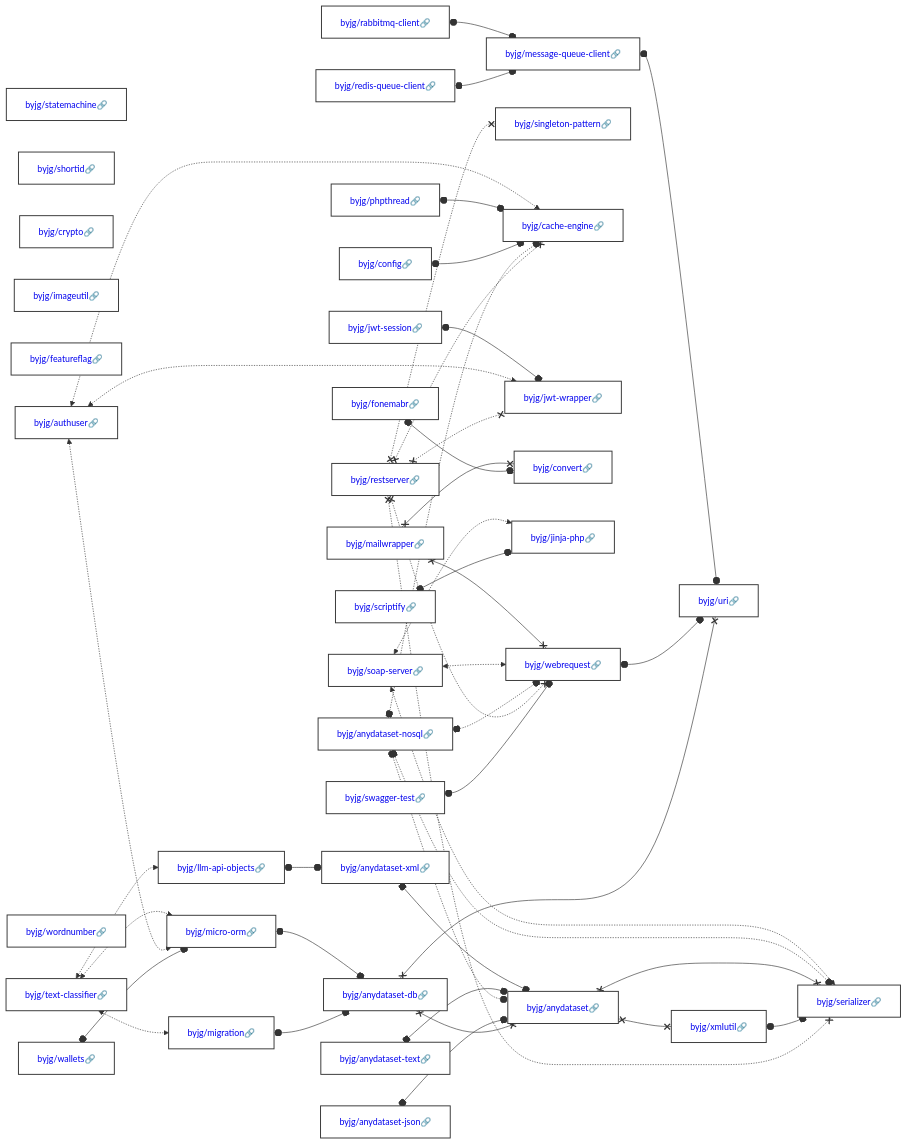
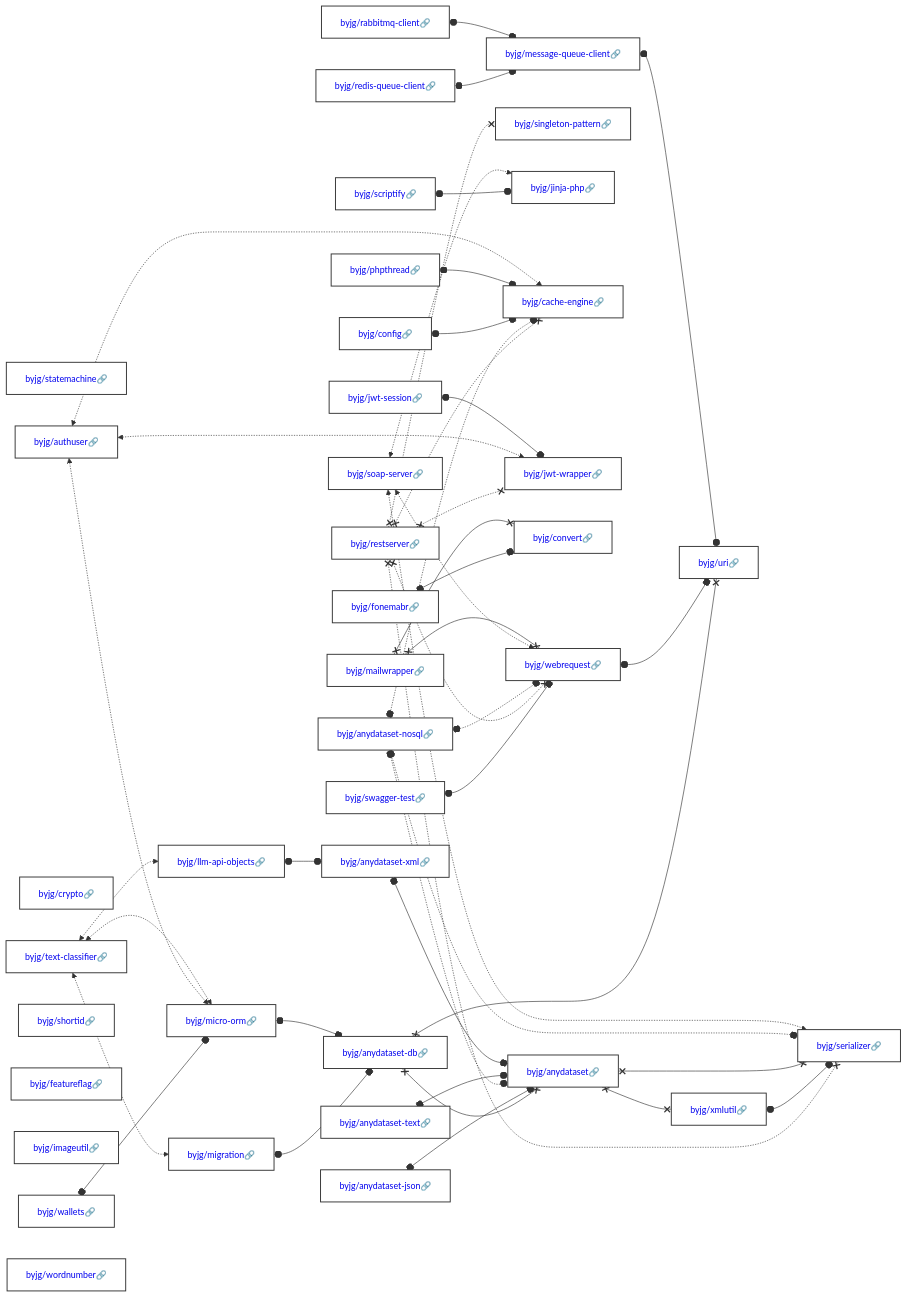
Before and after one commit to byjg/byjg.github.io: the diagram in docs/php/README.md, drawn with Mermaid. The commit also changed other lines of this file, not shown here.

Commit message:
Update documentation 'php' 'php-gluo'

````diff
--- a/docs/php/README.md
+++ b/docs/php/README.md
@@ -3,42 +3,42 @@
 ```mermaid
 graph LR;
+  byjg/statemachine[<a href='https://opensource.byjg.com/docs/php/statemachine' style='text-decoration:none'>byjg/statemachine🔗</a>];
+  byjg/anydataset-nosql[<a href='https://opensource.byjg.com/docs/php/anydataset-nosql' style='text-decoration:none'>byjg/anydataset-nosql🔗</a>];
+  byjg/wallets[<a href='https://opensource.byjg.com/docs/php/wallets' style='text-decoration:none'>byjg/wallets🔗</a>];
+  byjg/crypto[<a href='https://opensource.byjg.com/docs/php/crypto' style='text-decoration:none'>byjg/crypto🔗</a>];
+  byjg/mailwrapper[<a href='https://opensource.byjg.com/docs/php/mailwrapper' style='text-decoration:none'>byjg/mailwrapper🔗</a>];
   byjg/config[<a href='https://opensource.byjg.com/docs/php/config' style='text-decoration:none'>byjg/config🔗</a>];
-  byjg/statemachine[<a href='https://opensource.byjg.com/docs/php/statemachine' style='text-decoration:none'>byjg/statemachine🔗</a>];
+  byjg/text-classifier[<a href='https://opensource.byjg.com/docs/php/text-classifier' style='text-decoration:none'>byjg/text-classifier🔗</a>];
+  byjg/anydataset-json[<a href='https://opensource.byjg.com/docs/php/anydataset-json' style='text-decoration:none'>byjg/anydataset-json🔗</a>];
   byjg/shortid[<a href='https://opensource.byjg.com/docs/php/shortid' style='text-decoration:none'>byjg/shortid🔗</a>];
-  byjg/crypto[<a href='https://opensource.byjg.com/docs/php/crypto' style='text-decoration:none'>byjg/crypto🔗</a>];
+  byjg/redis-queue-client[<a href='https://opensource.byjg.com/docs/php/redis-queue-client' style='text-decoration:none'>byjg/redis-queue-client🔗</a>];
+  byjg/rabbitmq-client[<a href='https://opensource.byjg.com/docs/php/rabbitmq-client' style='text-decoration:none'>byjg/rabbitmq-client🔗</a>];
+  byjg/featureflag[<a href='https://opensource.byjg.com/docs/php/featureflag' style='text-decoration:none'>byjg/featureflag🔗</a>];
   byjg/imageutil[<a href='https://opensource.byjg.com/docs/php/imageutil' style='text-decoration:none'>byjg/imageutil🔗</a>];
-  byjg/featureflag[<a href='https://opensource.byjg.com/docs/php/featureflag' style='text-decoration:none'>byjg/featureflag🔗</a>];
-  byjg/wallets[<a href='https://opensource.byjg.com/docs/php/wallets' style='text-decoration:none'>byjg/wallets🔗</a>];
+  byjg/restserver[<a href='https://opensource.byjg.com/docs/php/restserver' style='text-decoration:none'>byjg/restserver🔗</a>];
   byjg/scriptify[<a href='https://opensource.byjg.com/docs/php/scriptify' style='text-decoration:none'>byjg/scriptify🔗</a>];
-  byjg/redis-queue-client[<a href='https://opensource.byjg.com/docs/php/redis-queue-client' style='text-decoration:none'>byjg/redis-queue-client🔗</a>];
-  byjg/mailwrapper[<a href='https://opensource.byjg.com/docs/php/mailwrapper' style='text-decoration:none'>byjg/mailwrapper🔗</a>];
+  byjg/authuser[<a href='https://opensource.byjg.com/docs/php/authuser' style='text-decoration:none'>byjg/authuser🔗</a>];
   byjg/wordnumber[<a href='https://opensource.byjg.com/docs/php/wordnumber' style='text-decoration:none'>byjg/wordnumber🔗</a>];
-  byjg/rabbitmq-client[<a href='https://opensource.byjg.com/docs/php/rabbitmq-client' style='text-decoration:none'>byjg/rabbitmq-client🔗</a>];
-  byjg/anydataset-nosql[<a href='https://opensource.byjg.com/docs/php/anydataset-nosql' style='text-decoration:none'>byjg/anydataset-nosql🔗</a>];
-  byjg/anydataset-text[<a href='https://opensource.byjg.com/docs/php/anydataset-text' style='text-decoration:none'>byjg/anydataset-text🔗</a>];
+  byjg/soap-server[<a href='https://opensource.byjg.com/docs/php/soap-server' style='text-decoration:none'>byjg/soap-server🔗</a>];
   byjg/phpthread[<a href='https://opensource.byjg.com/docs/php/phpthread' style='text-decoration:none'>byjg/phpthread🔗</a>];
-  byjg/swagger-test[<a href='https://opensource.byjg.com/docs/php/swagger-test' style='text-decoration:none'>byjg/swagger-test🔗</a>];
-  byjg/restserver[<a href='https://opensource.byjg.com/docs/php/restserver' style='text-decoration:none'>byjg/restserver🔗</a>];
-  byjg/authuser[<a href='https://opensource.byjg.com/docs/php/authuser' style='text-decoration:none'>byjg/authuser🔗</a>];
   byjg/jwt-session[<a href='https://opensource.byjg.com/docs/php/jwt-session' style='text-decoration:none'>byjg/jwt-session🔗</a>];
   byjg/fonemabr[<a href='https://opensource.byjg.com/docs/php/fonemabr' style='text-decoration:none'>byjg/fonemabr🔗</a>];
-  byjg/soap-server[<a href='https://opensource.byjg.com/docs/php/soap-server' style='text-decoration:none'>byjg/soap-server🔗</a>];
-  byjg/text-classifier[<a href='https://opensource.byjg.com/docs/php/text-classifier' style='text-decoration:none'>byjg/text-classifier🔗</a>];
-  byjg/anydataset-json[<a href='https://opensource.byjg.com/docs/php/anydataset-json' style='text-decoration:none'>byjg/anydataset-json🔗</a>];
+  byjg/anydataset-text[<a href='https://opensource.byjg.com/docs/php/anydataset-text' style='text-decoration:none'>byjg/anydataset-text🔗</a>];
+  byjg/swagger-test[<a href='https://opensource.byjg.com/docs/php/swagger-test' style='text-decoration:none'>byjg/swagger-test🔗</a>];
+  byjg/migration[<a href='https://opensource.byjg.com/docs/php/migration' style='text-decoration:none'>byjg/migration🔗</a>];
+  byjg/llm-api-objects[<a href='https://opensource.byjg.com/docs/php/llm-api-objects' style='text-decoration:none'>byjg/llm-api-objects🔗</a>];
   byjg/message-queue-client[<a href='https://opensource.byjg.com/docs/php/message-queue-client' style='text-decoration:none'>byjg/message-queue-client🔗</a>];
   byjg/singleton-pattern[<a href='https://opensource.byjg.com/docs/php/singleton-pattern' style='text-decoration:none'>byjg/singleton-pattern🔗</a>];
+  byjg/micro-orm[<a href='https://opensource.byjg.com/docs/php/micro-orm' style='text-decoration:none'>byjg/micro-orm🔗</a>];
+  byjg/jinja-php[<a href='https://opensource.byjg.com/docs/php/jinja-php' style='text-decoration:none'>byjg/jinja-php🔗</a>];
   byjg/cache-engine[<a href='https://opensource.byjg.com/docs/php/cache-engine' style='text-decoration:none'>byjg/cache-engine🔗</a>];
   byjg/jwt-wrapper[<a href='https://opensource.byjg.com/docs/php/jwt-wrapper' style='text-decoration:none'>byjg/jwt-wrapper🔗</a>];
   byjg/convert[<a href='https://opensource.byjg.com/docs/php/convert' style='text-decoration:none'>byjg/convert🔗</a>];
-  byjg/jinja-php[<a href='https://opensource.byjg.com/docs/php/jinja-php' style='text-decoration:none'>byjg/jinja-php🔗</a>];
   byjg/webrequest[<a href='https://opensource.byjg.com/docs/php/webrequest' style='text-decoration:none'>byjg/webrequest🔗</a>];
-  byjg/micro-orm[<a href='https://opensource.byjg.com/docs/php/micro-orm' style='text-decoration:none'>byjg/micro-orm🔗</a>];
-  byjg/migration[<a href='https://opensource.byjg.com/docs/php/migration' style='text-decoration:none'>byjg/migration🔗</a>];
-  byjg/llm-api-objects[<a href='https://opensource.byjg.com/docs/php/llm-api-objects' style='text-decoration:none'>byjg/llm-api-objects🔗</a>];
+  byjg/anydataset-xml[<a href='https://opensource.byjg.com/docs/php/anydataset-xml' style='text-decoration:none'>byjg/anydataset-xml🔗</a>];
   byjg/anydataset-db[<a href='https://opensource.byjg.com/docs/php/anydataset-db' style='text-decoration:none'>byjg/anydataset-db🔗</a>];
-  byjg/anydataset-xml[<a href='https://opensource.byjg.com/docs/php/anydataset-xml' style='text-decoration:none'>byjg/anydataset-xml🔗</a>];
+  byjg/anydataset[<a href='https://opensource.byjg.com/docs/php/anydataset' style='text-decoration:none'>byjg/anydataset🔗</a>];
   byjg/uri[<a href='https://opensource.byjg.com/docs/php/uri' style='text-decoration:none'>byjg/uri🔗</a>];
-  byjg/anydataset[<a href='https://opensource.byjg.com/docs/php/anydataset' style='text-decoration:none'>byjg/anydataset🔗</a>];
   byjg/xmlutil[<a href='https://opensource.byjg.com/docs/php/xmlutil' style='text-decoration:none'>byjg/xmlutil🔗</a>];
   byjg/serializer[<a href='https://opensource.byjg.com/docs/php/serializer' style='text-decoration:none'>byjg/serializer🔗</a>];
   byjg/anydataset-db x--x byjg/anydataset;
````
